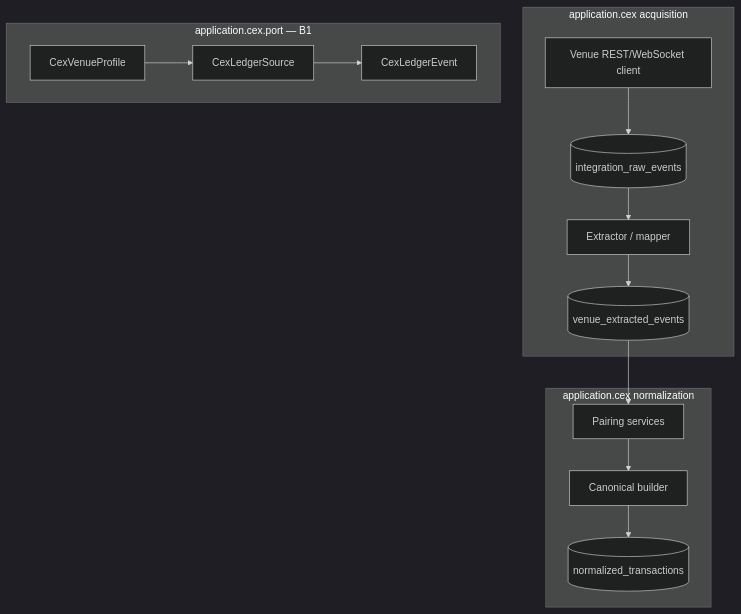
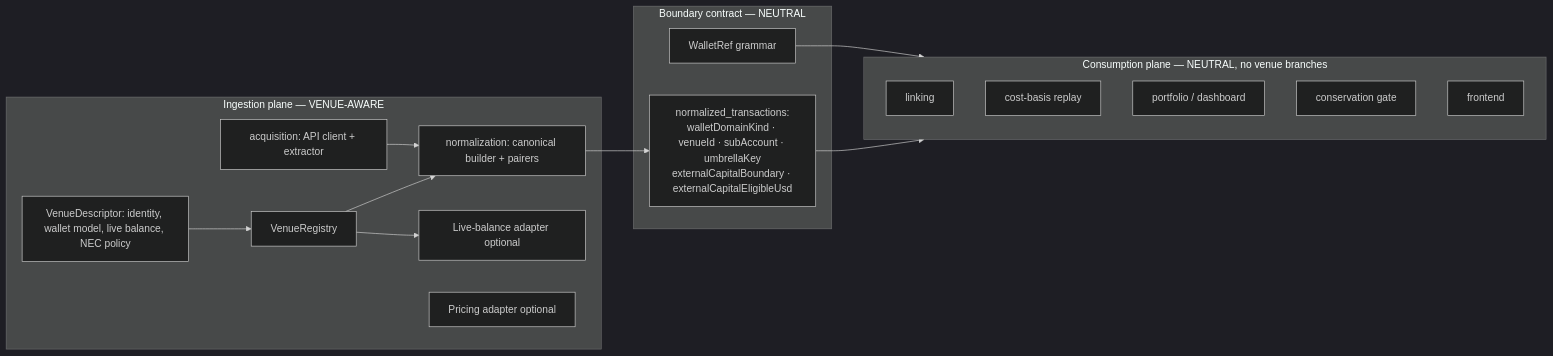
Before and after one commit to Volad/wallet-radar: the diagram in docs/reference/extensibility/add-an-integration.md, drawn with Mermaid (dark theme). The commit also changed other lines of this file and 494 other files, not shown here.

````diff
--- a/docs/reference/extensibility/add-an-integration.md
+++ b/docs/reference/extensibility/add-an-integration.md
@@ -7,23 +14,28 @@
 ```mermaid
-flowchart TB
-  subgraph acquisition [application.cex acquisition]
-    API[Venue REST/WebSocket client]
-    Raw[(integration_raw_events)]
-    Extract[Extractor / mapper]
-    Extracted[(venue_extracted_events)]
+flowchart LR
+  subgraph ingestion [Ingestion plane — VENUE-AWARE]
+    ACQ[acquisition: API client + extractor]
+    NORM[normalization: canonical builder + pairers]
+    DESC[VenueDescriptor: identity, wallet model, live balance, NEC policy]
+    REG[VenueRegistry]
+    LIVE[Live-balance adapter optional]
+    PRICE[Pricing adapter optional]
+    REG --> NORM
+    REG --> LIVE
+    DESC --> REG
   end
-  subgraph spi [application.cex.port — B1]
-    Profile[CexVenueProfile]
-    Source[CexLedgerSource]
-    Event[CexLedgerEvent]
+  subgraph contract [Boundary contract — NEUTRAL]
+    WR[WalletRef grammar]
+    MARK[normalized_transactions:\nwalletDomainKind · venueId · subAccount · umbrellaKey\nexternalCapitalBoundary · externalCapitalEligibleUsd]
   end
-  subgraph norm [application.cex normalization]
-    Pair[Pairing services]
-    Builder[Canonical builder]
-    Canon[(normalized_transactions)]
+  subgraph consumption [Consumption plane — NEUTRAL, no venue branches]
+    LINK[linking]
+    CB[cost-basis replay]
+    PORT[portfolio / dashboard]
+    CONS[conservation gate]
+    FE[frontend]
   end
-  API --> Raw --> Extract --> Extracted
-  Profile --> Source
-  Source --> Event
-  Extracted --> Pair --> Builder --> Canon
+  ACQ --> NORM --> MARK
+  MARK --> consumption
+  WR --> consumption
 ```
````
